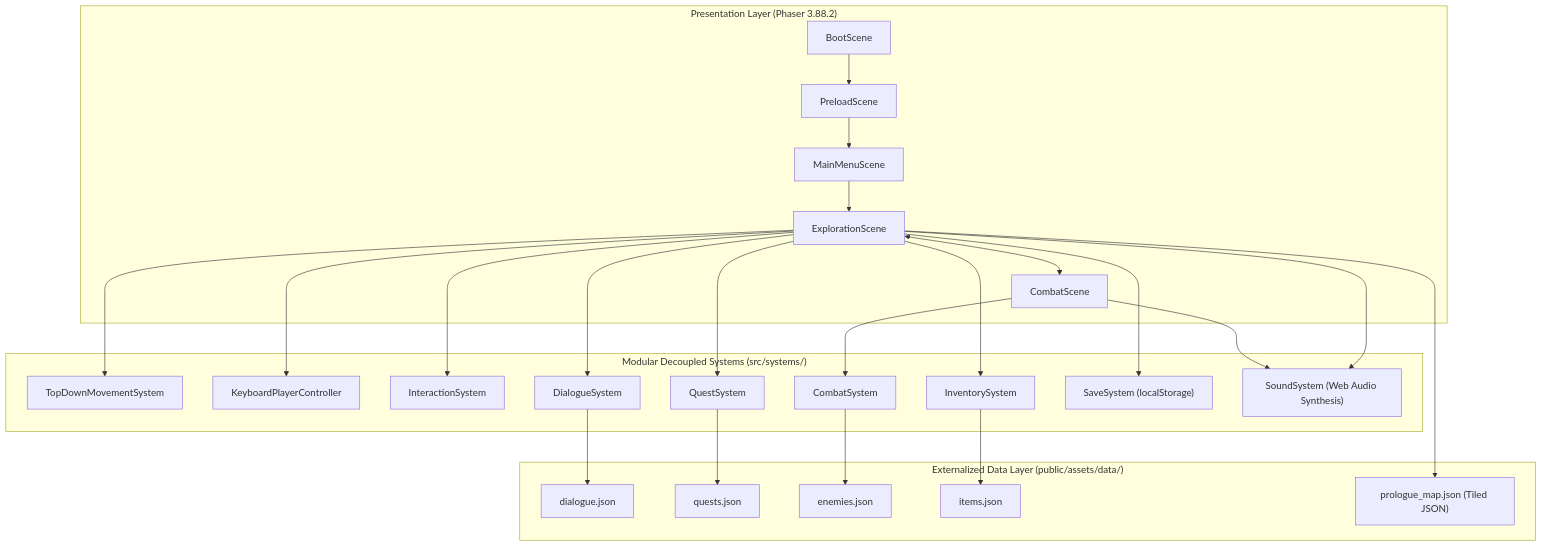
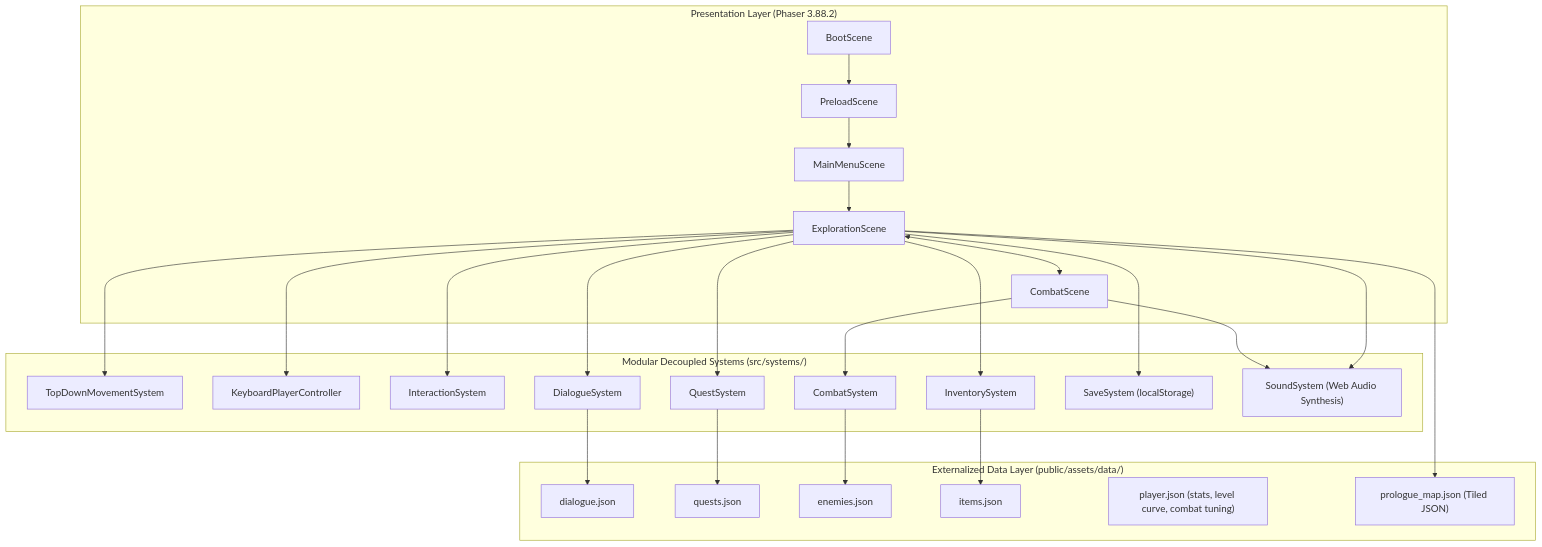
The first of 2 diagrams in docs/PROJECT_CONTEXT.md (VanDuc1610/Chrono), drawn with Mermaid before and after one commit. The commit also changed other lines of this file and 16 other files, not shown here.

````diff
--- a/docs/PROJECT_CONTEXT.md
+++ b/docs/PROJECT_CONTEXT.md
@@ -42,46 +42,47 @@
 ```mermaid
 flowchart TD
     subgraph Presentation ["Presentation Layer (Phaser 3.88.2)"]
         BootScene --> PreloadScene
         PreloadScene --> MainMenuScene
         MainMenuScene --> ExplorationScene
         ExplorationScene <--> CombatScene
     end
 
     subgraph Systems ["Modular Decoupled Systems (src/systems/)"]
         Movement["TopDownMovementSystem"]
         Input["KeyboardPlayerController"]
         Interaction["InteractionSystem"]
         Dialogue["DialogueSystem"]
         Quest["QuestSystem"]
         Combat["CombatSystem"]
         Inventory["InventorySystem"]
         Save["SaveSystem (localStorage)"]
         Audio["SoundSystem (Web Audio Synthesis)"]
     end
 
     subgraph Data ["Externalized Data Layer (public/assets/data/)"]
         D_Dialogue["dialogue.json"]
         D_Quests["quests.json"]
         D_Enemies["enemies.json"]
         D_Items["items.json"]
+        D_Player["player.json (stats, level curve, combat tuning)"]
         D_Map["prologue_map.json (Tiled JSON)"]
     end
 
     ExplorationScene --> Movement
     ExplorationScene --> Input
     ExplorationScene --> Interaction
     ExplorationScene --> Dialogue
     ExplorationScene --> Quest
     ExplorationScene --> Inventory
     ExplorationScene --> Save
     ExplorationScene --> Audio
     CombatScene --> Combat
     CombatScene --> Audio
 
     Dialogue --> D_Dialogue
     Quest --> D_Quests
     Combat --> D_Enemies
     Inventory --> D_Items
     ExplorationScene --> D_Map
 ```
````
